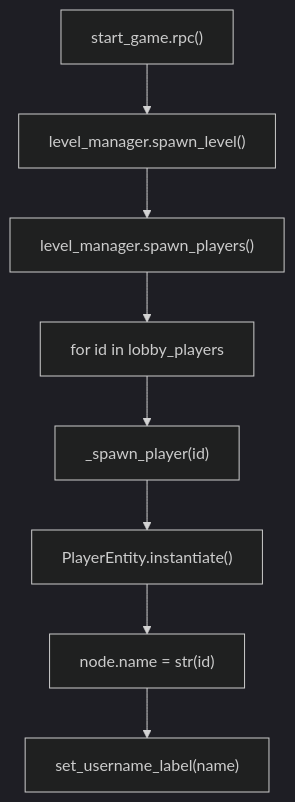
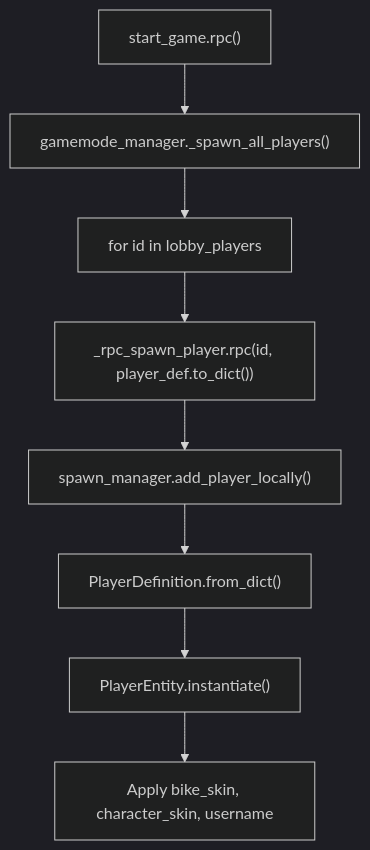
The ninth of 13 diagrams in v2/planning_docs/LobbyGameFlowMP.md (ssebs/DankNooner), drawn with Mermaid (dark theme) before and after one commit. The commit also changed other lines of this file and 7 other files, not shown here.

````diff
--- a/v2/planning_docs/LobbyGameFlowMP.md
+++ b/v2/planning_docs/LobbyGameFlowMP.md
@@ -291,10 +300,10 @@
 ```mermaid
 flowchart TB
-    A["start_game.rpc()"] --> B["level_manager.spawn_level()"]
-    B --> C["level_manager.spawn_players()"]
-    C --> D["for id in lobby_players"]
-    D --> E["_spawn_player(id)"]
-    E --> F["PlayerEntity.instantiate()"]
-    F --> G["node.name = str(id)"]
-    G --> H["set_username_label(name)"]
+    A["start_game.rpc()"] --> B["gamemode_manager._spawn_all_players()"]
+    B --> C["for id in lobby_players"]
+    C --> D["_rpc_spawn_player.rpc(id, player_def.to_dict())"]
+    D --> E["spawn_manager.add_player_locally()"]
+    E --> F["PlayerDefinition.from_dict()"]
+    F --> G["PlayerEntity.instantiate()"]
+    G --> H["Apply bike_skin, character_skin, username"]
 ```
````
